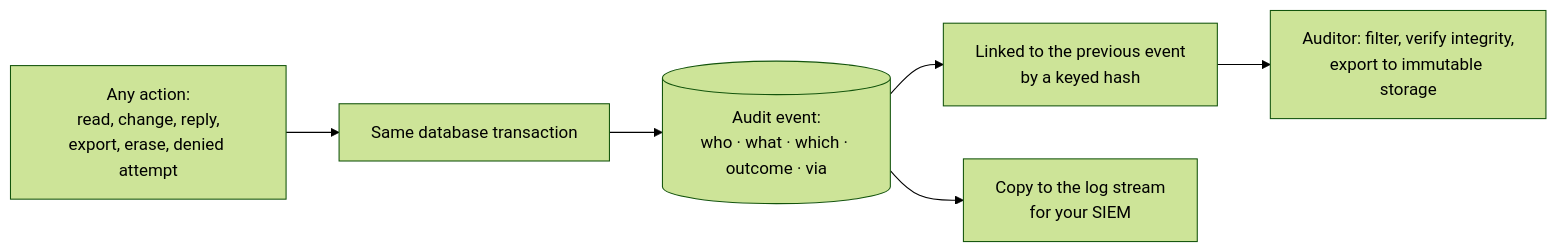
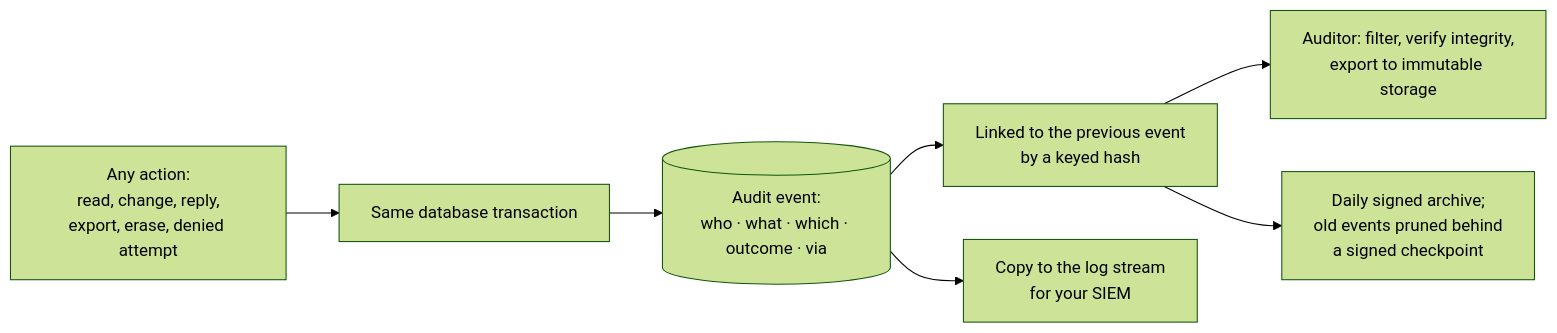
One commit to rogvid/zentral changed the diagram in docs/processes/oversight.md. Above: the diagram before and after it, drawn with Mermaid (forest theme). The commit also changed other lines of this file and 18 other files, not shown here.

````diff
--- a/docs/processes/oversight.md
+++ b/docs/processes/oversight.md
@@ -5,8 +5,9 @@
 ```mermaid
 flowchart LR
     ACT["Any action:<br/>read, change, reply,<br/>export, erase, denied attempt"] --> TX["Same database transaction"]
     TX --> EV[("Audit event:<br/>who · what · which · outcome · via")]
     EV --> CH["Linked to the previous event<br/>by a keyed hash"]
     CH --> AU["Auditor: filter, verify integrity,<br/>export to immutable storage"]
     EV --> SIEM["Copy to the log stream<br/>for your SIEM"]
+    CH --> AR["Daily signed archive;<br/>old events pruned behind<br/>a signed checkpoint"]
 ```
````
